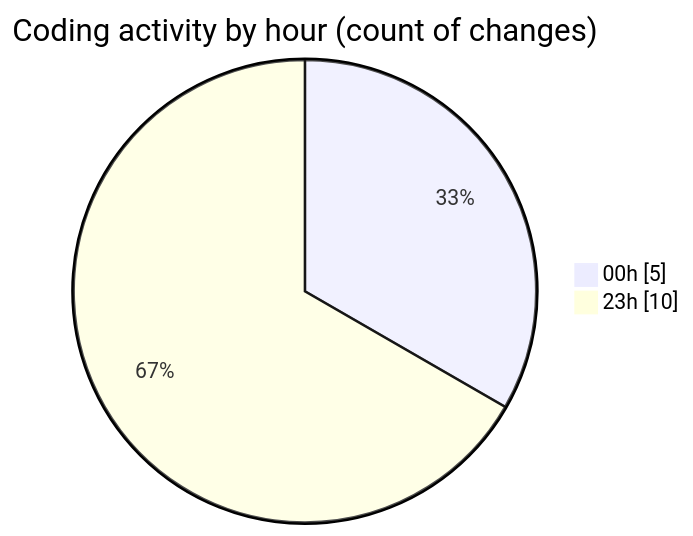
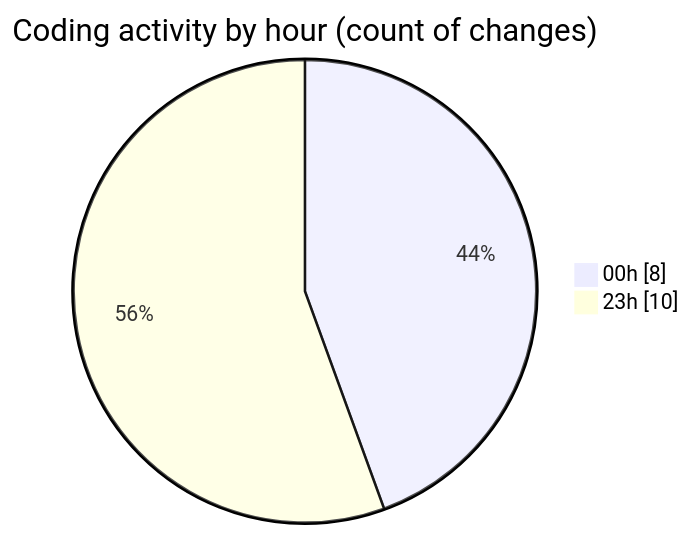
The second of 2 diagrams in 2025-12-25/technologie_web/README.md (hasnaa123/code-tracking), drawn with Mermaid before and after one commit. The commit also changed other lines of this file and 1 other file, not shown here.

````diff
--- a/2025-12-25/technologie_web/README.md
+++ b/2025-12-25/technologie_web/README.md
@@ -28,6 +29,6 @@
 ```mermaid
 pie showData
 title Coding activity by hour (count of changes)
-"00h" : 5
+"00h" : 8
 "23h" : 10
 ```
````
